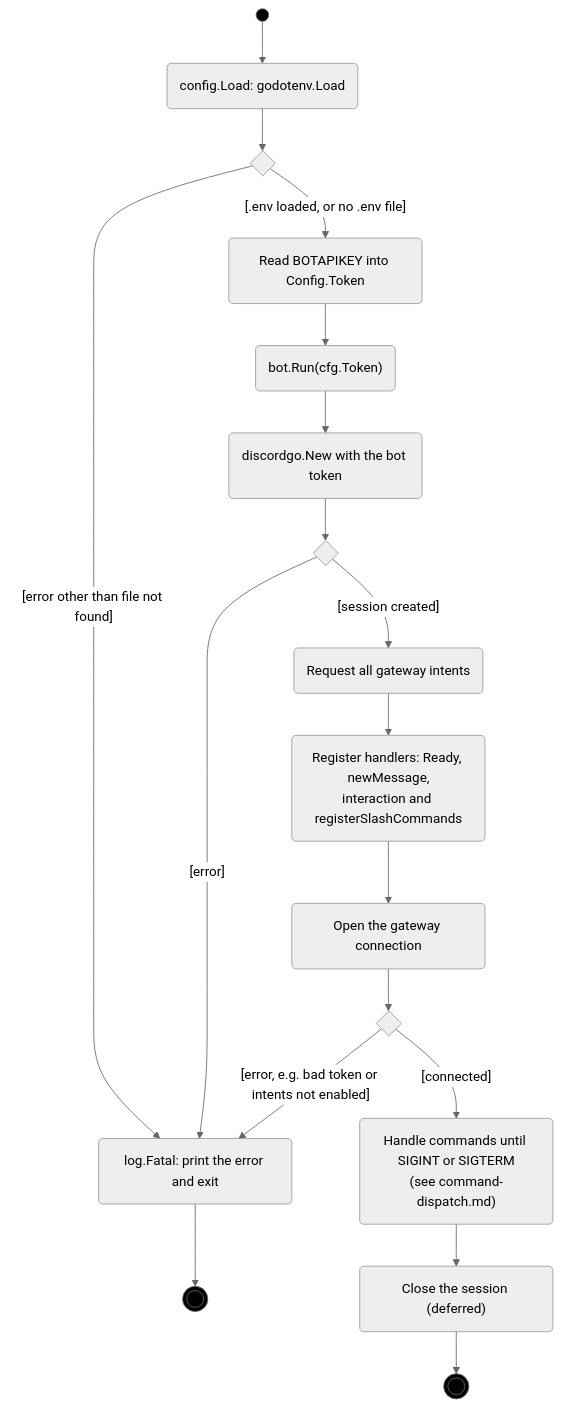
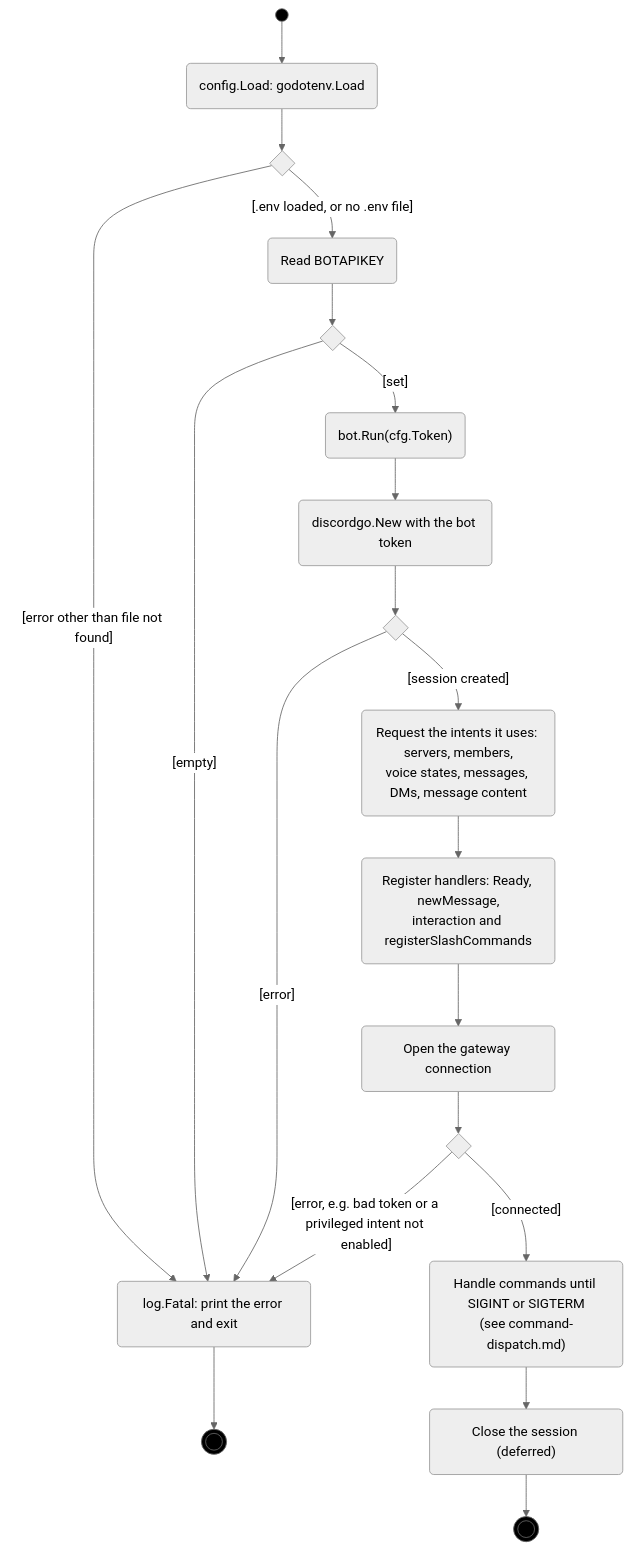
Before and after one commit to RAGNOARAKNOS/BotOnTheClocktower: the first of 2 diagrams in docs/uml/startup.md, drawn with Mermaid (neutral theme). The commit also changed other lines of this file and 33 other files, not shown here.

````diff
--- a/docs/uml/startup.md
+++ b/docs/uml/startup.md
@@ -11,23 +11,25 @@
 ```mermaid
 flowchart TD
     start((" ")):::initial --> load("config.Load: godotenv.Load")
     load --> d1{" "}
     d1 -->|"[error other than file not found]"| fatal("log.Fatal: print the error and exit")
-    d1 -->|"[.env loaded, or no .env file]"| fill("Read BOTAPIKEY into Config.Token")
-    fill --> run("bot.Run(cfg.Token)")
+    d1 -->|"[.env loaded, or no .env file]"| fill("Read BOTAPIKEY")
+    fill --> dtok{" "}
+    dtok -->|"[empty]"| fatal
+    dtok -->|"[set]"| run("bot.Run(cfg.Token)")
     run --> newS("discordgo.New with the bot token")
     newS --> d2{" "}
     d2 -->|"[error]"| fatal
-    d2 -->|"[session created]"| intents("Request all gateway intents")
+    d2 -->|"[session created]"| intents("Request the intents it uses: servers, members,<br/>voice states, messages, DMs, message content")
     intents --> handlers("Register handlers: Ready, newMessage,<br/>interaction and registerSlashCommands")
     handlers --> open("Open the gateway connection")
     open --> d3{" "}
-    d3 -->|"[error, e.g. bad token or intents not enabled]"| fatal
+    d3 -->|"[error, e.g. bad token or a privileged intent not enabled]"| fatal
     d3 -->|"[connected]"| wait("Handle commands until SIGINT or SIGTERM<br/>(see command-dispatch.md)")
     wait --> closeS("Close the session (deferred)")
     closeS --> stopOk(((" "))):::final
     fatal --> stopErr(((" "))):::final
 
     classDef initial fill:#000,stroke:#666
     classDef final fill:#000,stroke:#666
 ```
````
